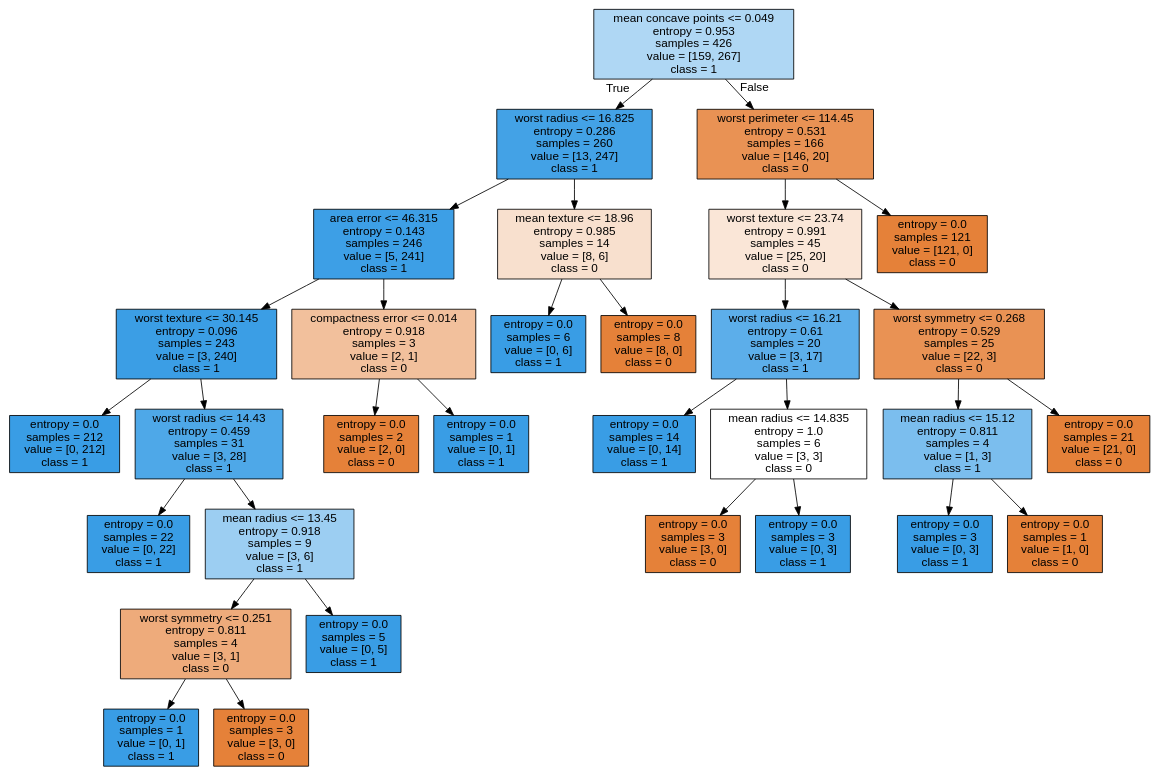
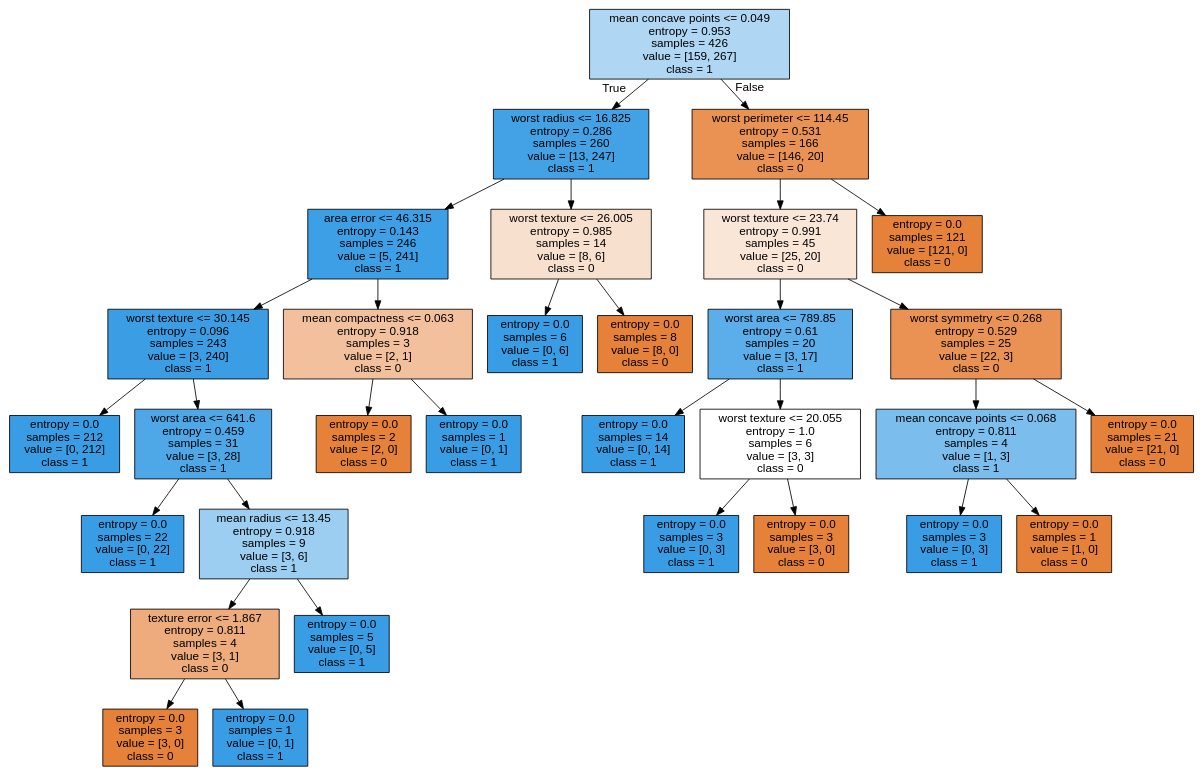
Before and after one commit to DarrenPLee/Intro_to_Machine_Learning_Student_Workbooks: the diagram in tree.dot, drawn with Graphviz. The commit also changed 4 other files, not shown here.

```diff
--- a/tree.dot
+++ b/tree.dot
@@ -1,65 +1,65 @@
 digraph Tree {
 node [shape=box, style="filled", color="black", fontname="helvetica"] ;
 edge [fontname="helvetica"] ;
 0 [label="mean concave points <= 0.049\nentropy = 0.953\nsamples = 426\nvalue = [159, 267]\nclass = 1", fillcolor="#afd7f4"] ;
 1 [label="worst radius <= 16.825\nentropy = 0.286\nsamples = 260\nvalue = [13, 247]\nclass = 1", fillcolor="#43a2e6"] ;
 0 -> 1 [labeldistance=2.5, labelangle=45, headlabel="True"] ;
 2 [label="area error <= 46.315\nentropy = 0.143\nsamples = 246\nvalue = [5, 241]\nclass = 1", fillcolor="#3d9fe6"] ;
 1 -> 2 ;
 3 [label="worst texture <= 30.145\nentropy = 0.096\nsamples = 243\nvalue = [3, 240]\nclass = 1", fillcolor="#3b9ee5"] ;
 2 -> 3 ;
 4 [label="entropy = 0.0\nsamples = 212\nvalue = [0, 212]\nclass = 1", fillcolor="#399de5"] ;
 3 -> 4 ;
-5 [label="worst radius <= 14.43\nentropy = 0.459\nsamples = 31\nvalue = [3, 28]\nclass = 1", fillcolor="#4ea8e8"] ;
+5 [label="worst area <= 641.6\nentropy = 0.459\nsamples = 31\nvalue = [3, 28]\nclass = 1", fillcolor="#4ea8e8"] ;
 3 -> 5 ;
 6 [label="entropy = 0.0\nsamples = 22\nvalue = [0, 22]\nclass = 1", fillcolor="#399de5"] ;
 5 -> 6 ;
 7 [label="mean radius <= 13.45\nentropy = 0.918\nsamples = 9\nvalue = [3, 6]\nclass = 1", fillcolor="#9ccef2"] ;
 5 -> 7 ;
-8 [label="worst symmetry <= 0.251\nentropy = 0.811\nsamples = 4\nvalue = [3, 1]\nclass = 0", fillcolor="#eeab7b"] ;
+8 [label="texture error <= 1.867\nentropy = 0.811\nsamples = 4\nvalue = [3, 1]\nclass = 0", fillcolor="#eeab7b"] ;
 7 -> 8 ;
-9 [label="entropy = 0.0\nsamples = 1\nvalue = [0, 1]\nclass = 1", fillcolor="#399de5"] ;
+9 [label="entropy = 0.0\nsamples = 3\nvalue = [3, 0]\nclass = 0", fillcolor="#e58139"] ;
 8 -> 9 ;
-10 [label="entropy = 0.0\nsamples = 3\nvalue = [3, 0]\nclass = 0", fillcolor="#e58139"] ;
+10 [label="entropy = 0.0\nsamples = 1\nvalue = [0, 1]\nclass = 1", fillcolor="#399de5"] ;
 8 -> 10 ;
 11 [label="entropy = 0.0\nsamples = 5\nvalue = [0, 5]\nclass = 1", fillcolor="#399de5"] ;
 7 -> 11 ;
-12 [label="compactness error <= 0.014\nentropy = 0.918\nsamples = 3\nvalue = [2, 1]\nclass = 0", fillcolor="#f2c09c"] ;
+12 [label="mean compactness <= 0.063\nentropy = 0.918\nsamples = 3\nvalue = [2, 1]\nclass = 0", fillcolor="#f2c09c"] ;
 2 -> 12 ;
 13 [label="entropy = 0.0\nsamples = 2\nvalue = [2, 0]\nclass = 0", fillcolor="#e58139"] ;
 12 -> 13 ;
 14 [label="entropy = 0.0\nsamples = 1\nvalue = [0, 1]\nclass = 1", fillcolor="#399de5"] ;
 12 -> 14 ;
-15 [label="mean texture <= 18.96\nentropy = 0.985\nsamples = 14\nvalue = [8, 6]\nclass = 0", fillcolor="#f8e0ce"] ;
+15 [label="worst texture <= 26.005\nentropy = 0.985\nsamples = 14\nvalue = [8, 6]\nclass = 0", fillcolor="#f8e0ce"] ;
 1 -> 15 ;
 16 [label="entropy = 0.0\nsamples = 6\nvalue = [0, 6]\nclass = 1", fillcolor="#399de5"] ;
 15 -> 16 ;
 17 [label="entropy = 0.0\nsamples = 8\nvalue = [8, 0]\nclass = 0", fillcolor="#e58139"] ;
 15 -> 17 ;
 18 [label="worst perimeter <= 114.45\nentropy = 0.531\nsamples = 166\nvalue = [146, 20]\nclass = 0", fillcolor="#e99254"] ;
 0 -> 18 [labeldistance=2.5, labelangle=-45, headlabel="False"] ;
 19 [label="worst texture <= 23.74\nentropy = 0.991\nsamples = 45\nvalue = [25, 20]\nclass = 0", fillcolor="#fae6d7"] ;
 18 -> 19 ;
-20 [label="worst radius <= 16.21\nentropy = 0.61\nsamples = 20\nvalue = [3, 17]\nclass = 1", fillcolor="#5caeea"] ;
+20 [label="worst area <= 789.85\nentropy = 0.61\nsamples = 20\nvalue = [3, 17]\nclass = 1", fillcolor="#5caeea"] ;
 19 -> 20 ;
 21 [label="entropy = 0.0\nsamples = 14\nvalue = [0, 14]\nclass = 1", fillcolor="#399de5"] ;
 20 -> 21 ;
-22 [label="mean radius <= 14.835\nentropy = 1.0\nsamples = 6\nvalue = [3, 3]\nclass = 0", fillcolor="#ffffff"] ;
+22 [label="worst texture <= 20.055\nentropy = 1.0\nsamples = 6\nvalue = [3, 3]\nclass = 0", fillcolor="#ffffff"] ;
 20 -> 22 ;
-23 [label="entropy = 0.0\nsamples = 3\nvalue = [3, 0]\nclass = 0", fillcolor="#e58139"] ;
+23 [label="entropy = 0.0\nsamples = 3\nvalue = [0, 3]\nclass = 1", fillcolor="#399de5"] ;
 22 -> 23 ;
-24 [label="entropy = 0.0\nsamples = 3\nvalue = [0, 3]\nclass = 1", fillcolor="#399de5"] ;
+24 [label="entropy = 0.0\nsamples = 3\nvalue = [3, 0]\nclass = 0", fillcolor="#e58139"] ;
 22 -> 24 ;
 25 [label="worst symmetry <= 0.268\nentropy = 0.529\nsamples = 25\nvalue = [22, 3]\nclass = 0", fillcolor="#e99254"] ;
 19 -> 25 ;
-26 [label="mean radius <= 15.12\nentropy = 0.811\nsamples = 4\nvalue = [1, 3]\nclass = 1", fillcolor="#7bbeee"] ;
+26 [label="mean concave points <= 0.068\nentropy = 0.811\nsamples = 4\nvalue = [1, 3]\nclass = 1", fillcolor="#7bbeee"] ;
 25 -> 26 ;
 27 [label="entropy = 0.0\nsamples = 3\nvalue = [0, 3]\nclass = 1", fillcolor="#399de5"] ;
 26 -> 27 ;
 28 [label="entropy = 0.0\nsamples = 1\nvalue = [1, 0]\nclass = 0", fillcolor="#e58139"] ;
 26 -> 28 ;
 29 [label="entropy = 0.0\nsamples = 21\nvalue = [21, 0]\nclass = 0", fillcolor="#e58139"] ;
 25 -> 29 ;
 30 [label="entropy = 0.0\nsamples = 121\nvalue = [121, 0]\nclass = 0", fillcolor="#e58139"] ;
 18 -> 30 ;
 }
```
